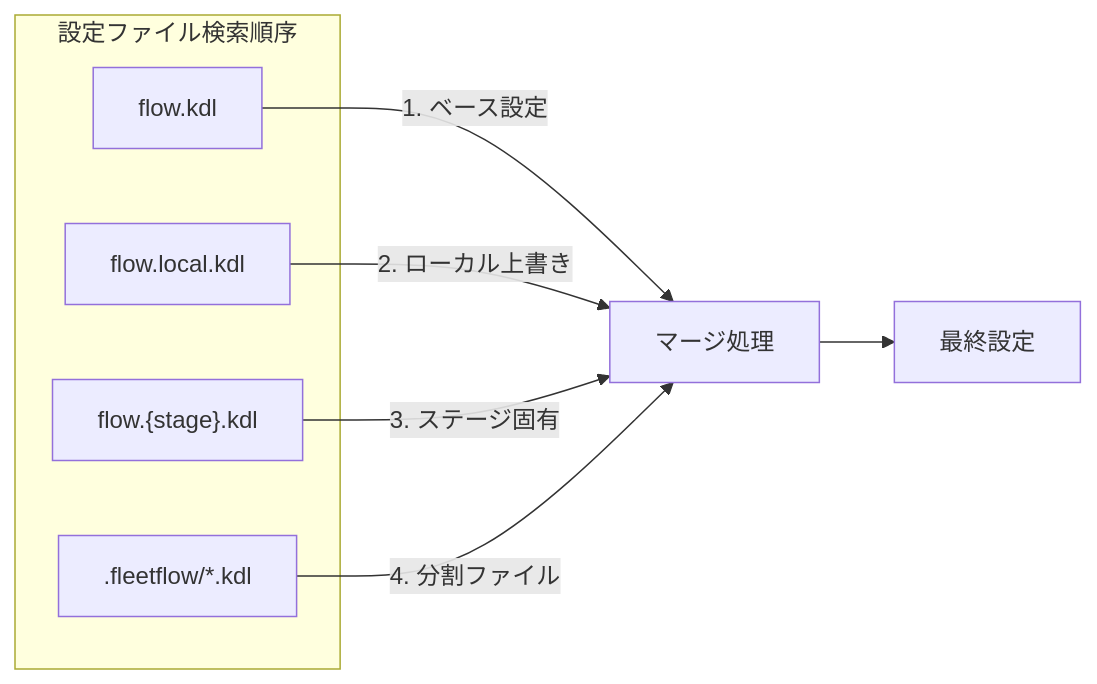
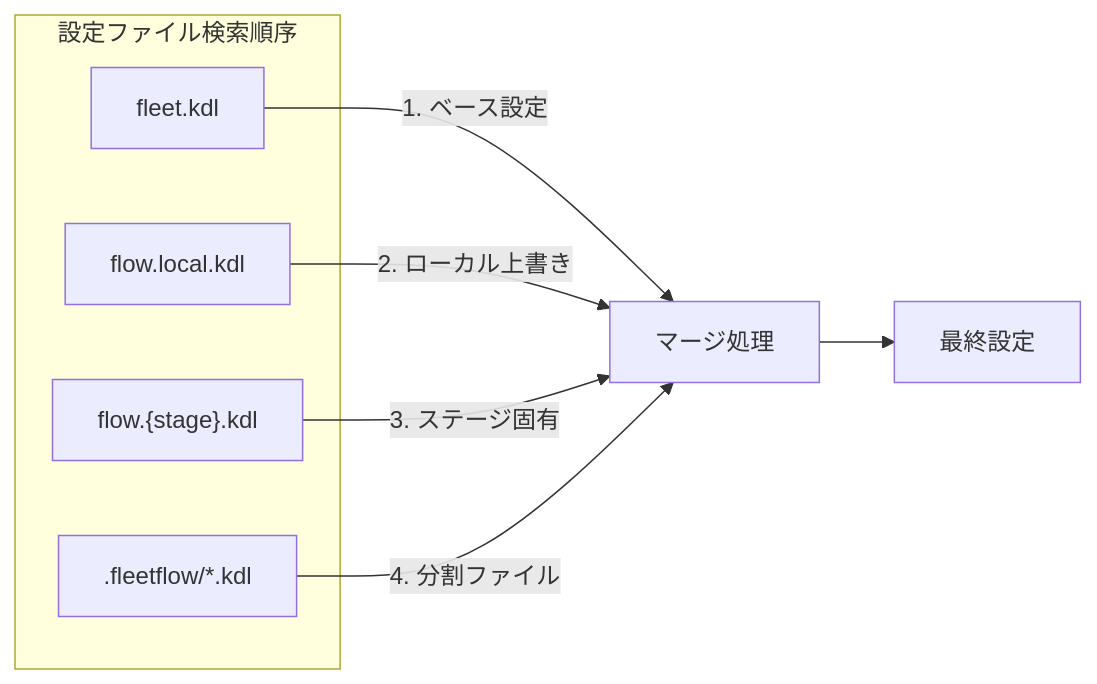
The eighth of 10 diagrams in guides/04-kdl-structure-visual.md (chronista-club/fleetflow), drawn with Mermaid before and after one commit. The commit also changed other lines of this file and 44 other files, not shown here.

````diff
--- a/guides/04-kdl-structure-visual.md
+++ b/guides/04-kdl-structure-visual.md
@@ -245,16 +245,16 @@
 ```mermaid
 flowchart LR
     subgraph "設定ファイル検索順序"
-        F1["flow.kdl"]
+        F1["fleet.kdl"]
         F2["flow.local.kdl"]
         F3["flow.{stage}.kdl"]
         F4[".fleetflow/*.kdl"]
     end
 
     F1 --> |"1. ベース設定"| MERGE
     F2 --> |"2. ローカル上書き"| MERGE
     F3 --> |"3. ステージ固有"| MERGE
     F4 --> |"4. 分割ファイル"| MERGE
 
     MERGE[マージ処理] --> FINAL[最終設定]
 ```
````
